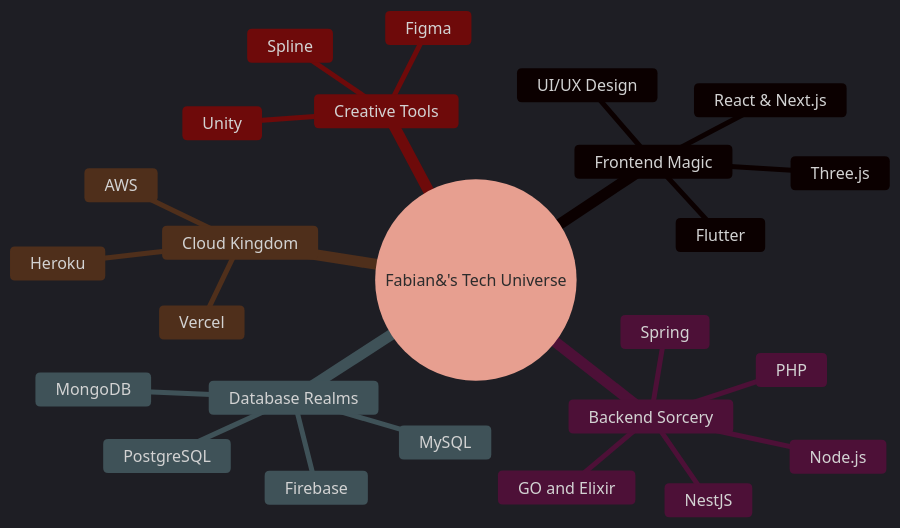
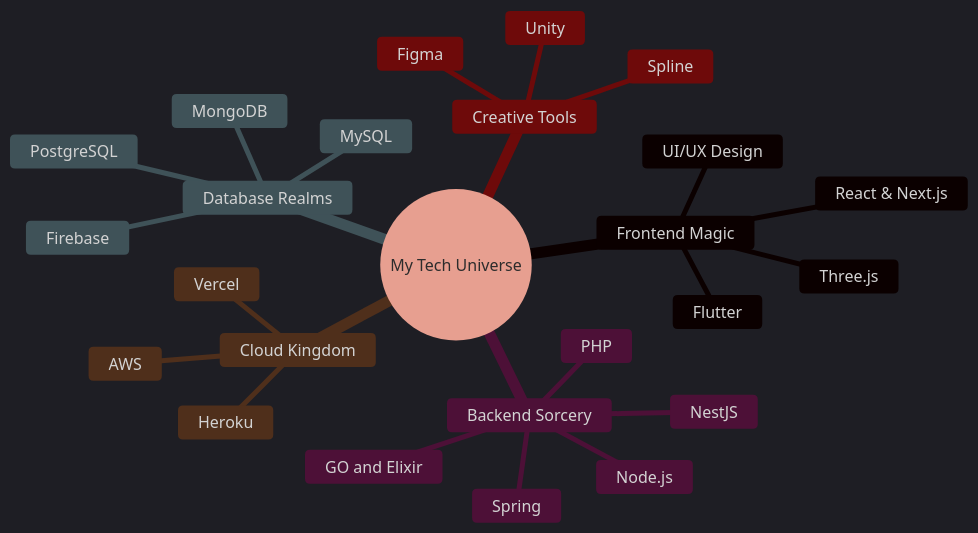
One commit to aminofabian/aminofabian-app changed the diagram in README.md. Above: the diagram before and after it, drawn with Mermaid.

````diff
--- a/README.md
+++ b/README.md
@@ -58,29 +58,29 @@
 ```mermaid
 %%{init: {'theme': 'dark', 'themeVariables': { 'primaryColor': '#0288f3', 'secondaryColor': '#d5573c', 'tertiaryColor': '#6d2431', 'mainBkg': '#676a83', 'nodeBkg': '#653545'}}}%%
 mindmap
-  root((Fabian&#39;s Tech Universe))
+  root((My Tech Universe))
     Frontend Magic
       React & Next.js
       Three.js
       Flutter
       UI/UX Design
     Backend Sorcery
       Node.js
       NestJS
       GO and Elixir
       Spring
       PHP
     Database Realms
       MongoDB
       PostgreSQL
       Firebase
       MySQL
     Cloud Kingdom
       AWS
       Heroku
       Vercel
     Creative Tools
       Spline
       Unity
       Figma
 ```
````
